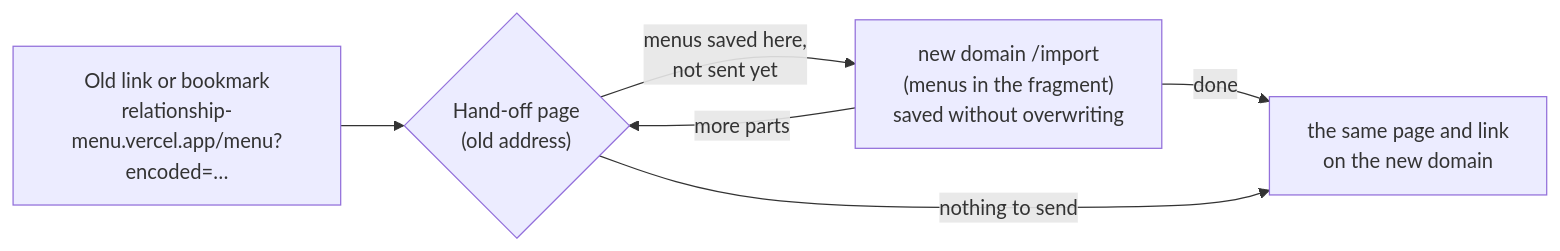
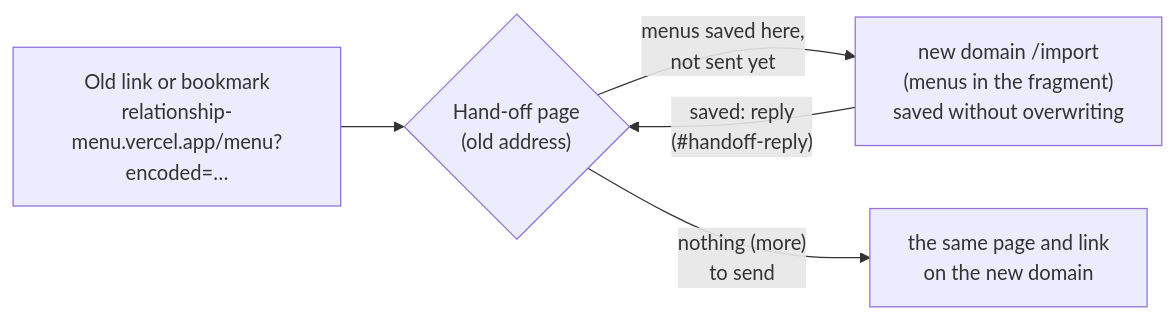
Before and after one commit to robotoer/relationship-menu: the sixth of 6 diagrams in docs/spec/sync.md, drawn with Mermaid. The commit also changed other lines of this file and 17 other files, not shown here.

````diff
--- a/docs/spec/sync.md
+++ b/docs/spec/sync.md
@@ -382,8 +382,7 @@
 ```mermaid
 flowchart LR
   O["Old link or bookmark<br/>relationship-menu.vercel.app/menu?encoded=…"] --> H{"Hand-off page<br/>(old address)"}
   H -- "menus saved here,<br/>not sent yet" --> I["new domain /import<br/>(menus in the fragment)<br/>saved without overwriting"]
-  I -- "more parts" --> H
-  I -- "done" --> P["the same page and link<br/>on the new domain"]
-  H -- "nothing to send" --> P
+  I -- "saved: reply<br/>(#handoff-reply)" --> H
+  H -- "nothing (more)<br/>to send" --> P["the same page and link<br/>on the new domain"]
 ```
````
